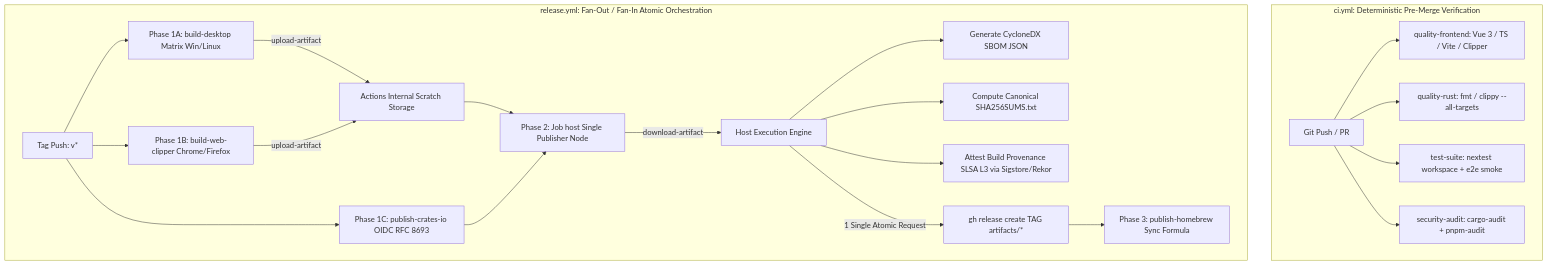
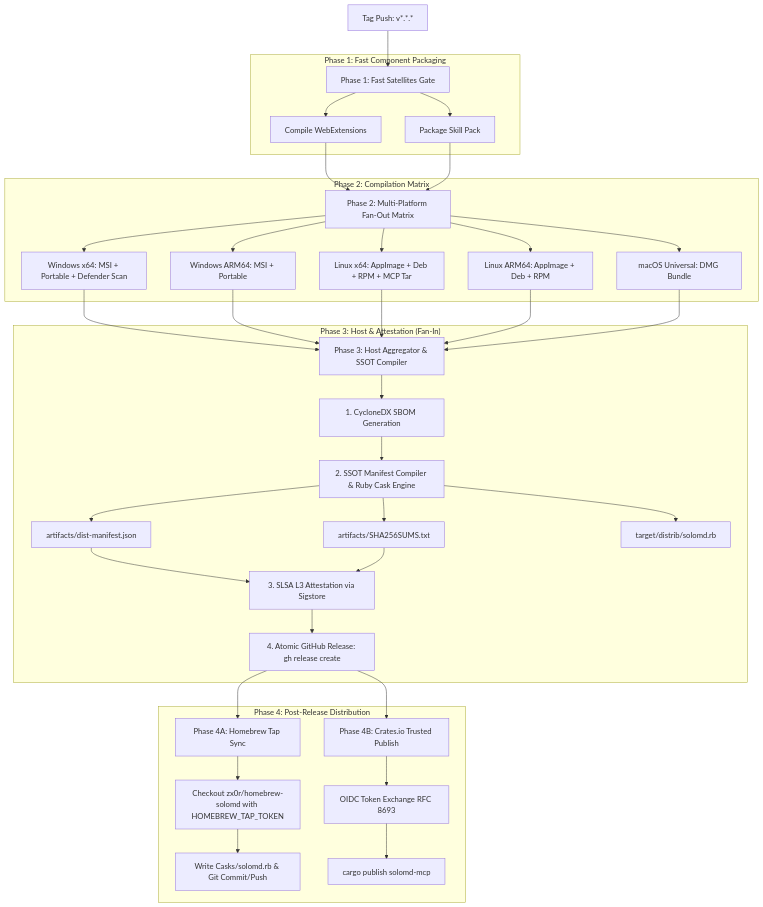
Before and after one commit to zhitongblog/solomd: the diagram in CI_CD_ARCHITECTURE.md, drawn with Mermaid. The commit also changed other lines of this file and 3 other files, not shown here.

Commit message:
ci: complete SSOT manifest release pipeline, Homebrew tap sync, and OIDC crates.io publishing

````diff
--- a/CI_CD_ARCHITECTURE.md
+++ b/CI_CD_ARCHITECTURE.md
@@ -71,29 +82,47 @@
 ```mermaid
 graph TD
-    subgraph "ci.yml: Deterministic Pre-Merge Verification"
-        A[Git Push / PR] --> B[quality-frontend: Vue 3 / TS / Vite / Clipper]
-        A --> C[quality-rust: fmt / clippy --all-targets]
-        A --> D[test-suite: nextest workspace + e2e smoke]
-        A --> E[security-audit: cargo-audit + pnpm-audit]
+    Tag["Tag Push: v*.*.*"] --> Phase1["Phase 1: Fast Satellites Gate"]
+    
+    subgraph "Phase 1: Fast Component Packaging"
+        Phase1 --> Clipper["Compile WebExtensions"]
+        Phase1 --> Skills["Package Skill Pack"]
     end
-
-    subgraph "release.yml: Fan-Out / Fan-In Atomic Orchestration"
-        T[Tag Push: v*] --> M_DESK[Phase 1A: build-desktop Matrix Win/Linux]
-        T --> M_CLIP[Phase 1B: build-web-clipper Chrome/Firefox]
-        T --> M_CRATE[Phase 1C: publish-crates-io OIDC RFC 8693]
-
-        M_DESK -->|upload-artifact| ART_STORE[Actions Internal Scratch Storage]
-        M_CLIP -->|upload-artifact| ART_STORE
-
-        ART_STORE --> HOST[Phase 2: Job host Single Publisher Node]
-        M_CRATE --> HOST
-
-        HOST -->|download-artifact| HOST_RUN[Host Execution Engine]
-        HOST_RUN --> F_SBOM[Generate CycloneDX SBOM JSON]
-        HOST_RUN --> F_HASH[Compute Canonical SHA256SUMS.txt]
-        HOST_RUN --> F_SLSA[Attest Build Provenance SLSA L3 via Sigstore/Rekor]
-        HOST_RUN -->|1 Single Atomic Request| GH_REL[gh release create TAG artifacts/*]
-
-        GH_REL --> BREW[Phase 3: publish-homebrew Sync Formula]
+    
+    Clipper --> Phase2["Phase 2: Multi-Platform Fan-Out Matrix"]
+    Skills --> Phase2
+    
+    subgraph "Phase 2: Compilation Matrix"
+        Phase2 --> WinX64["Windows x64: MSI + Portable + Defender Scan"]
+        Phase2 --> WinArm["Windows ARM64: MSI + Portable"]
+        Phase2 --> LinuxX64["Linux x64: AppImage + Deb + RPM + MCP Tar"]
+        Phase2 --> LinuxArm["Linux ARM64: AppImage + Deb + RPM"]
+        Phase2 --> MacUniversal["macOS Universal: DMG Bundle"]
+    end
+    
+    WinX64 --> Phase3["Phase 3: Host Aggregator & SSOT Compiler"]
+    WinArm --> Phase3
+    LinuxX64 --> Phase3
+    LinuxArm --> Phase3
+    MacUniversal --> Phase3
+    
+    subgraph "Phase 3: Host & Attestation (Fan-In)"
+        Phase3 --> SBOM["1. CycloneDX SBOM Generation"]
+        SBOM --> Manifest["2. SSOT Manifest Compiler & Ruby Cask Engine"]
+        Manifest --> DistJSON["artifacts/dist-manifest.json"]
+        Manifest --> SHA256["artifacts/SHA256SUMS.txt"]
+        Manifest --> Cask["target/distrib/solomd.rb"]
+        DistJSON --> Attest["3. SLSA L3 Attestation via Sigstore"]
+        SHA256 --> Attest
+        Attest --> GHRelease["4. Atomic GitHub Release: gh release create"]
+    end
+    
+    GHRelease --> Phase4A["Phase 4A: Homebrew Tap Sync"]
+    GHRelease --> Phase4B["Phase 4B: Crates.io Trusted Publish"]
+    
+    subgraph "Phase 4: Post-Release Distribution"
+        Phase4A --> TapGit["Checkout zx0r/homebrew-solomd with HOMEBREW_TAP_TOKEN"]
+        TapGit --> CommitCask["Write Casks/solomd.rb & Git Commit/Push"]
+        Phase4B --> OIDC["OIDC Token Exchange RFC 8693"]
+        OIDC --> CratesPublish["cargo publish solomd-mcp"]
     end
 ```
````
